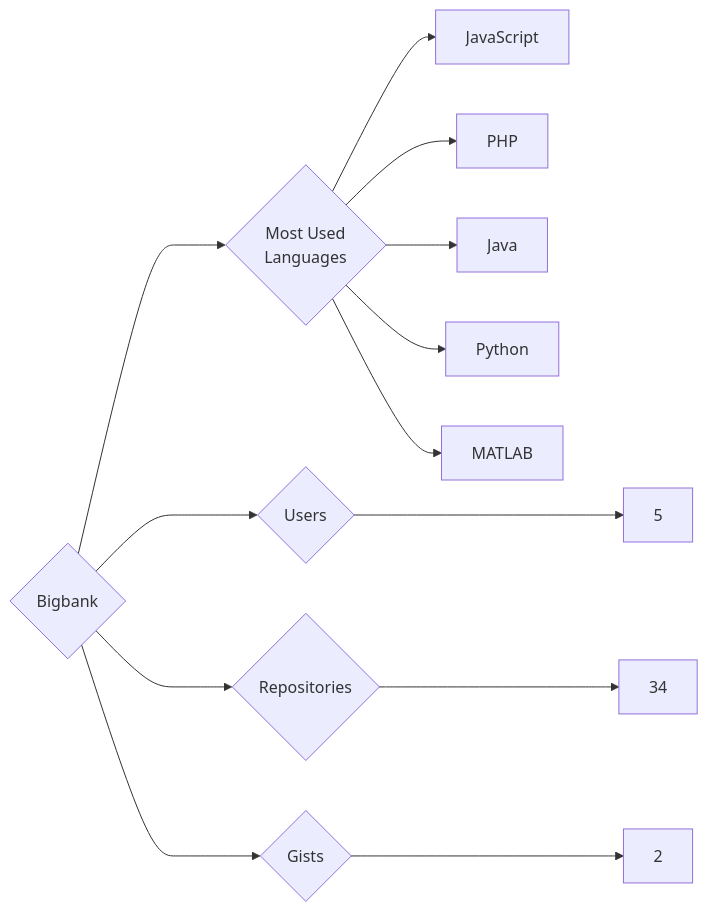
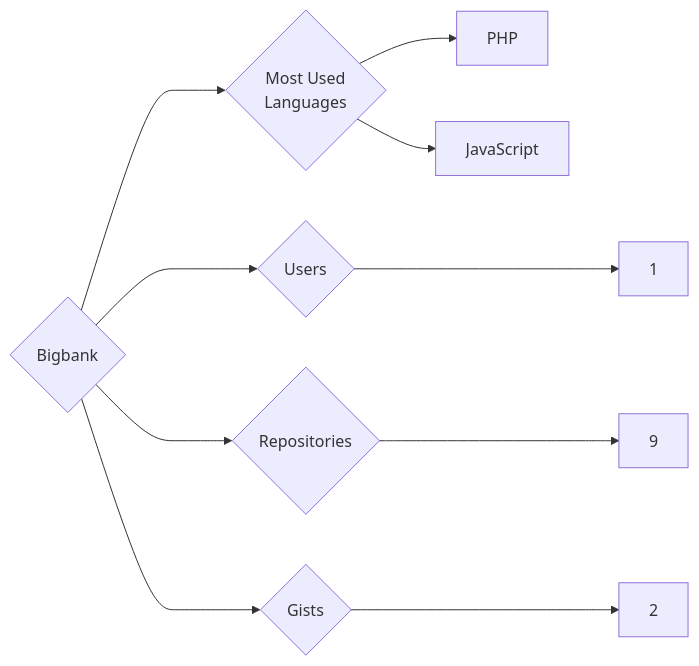
Before and after one commit to trickest/insiders: the diagram in targets/Bigbank/README.md, drawn with Mermaid. The commit also changed 1055 other files, not shown here.

````diff
--- a/targets/Bigbank/README.md
+++ b/targets/Bigbank/README.md
@@ -3,13 +3,10 @@
 ```mermaid
 graph LR
 COMPANY_NAME{Bigbank}
-COMPANY_NAME ---> U{Users} ---> UN[5]
-COMPANY_NAME ---> R{Repositories} ---> RN[34]
+COMPANY_NAME ---> U{Users} ---> UN[1]
+COMPANY_NAME ---> R{Repositories} ---> RN[9]
 COMPANY_NAME ---> G{Gists} ---> GN[2]
 COMPANY_NAME ---> ML{Most Used<br>Languages}
+ML --> PHP[PHP]
 ML --> JavaScript[JavaScript]
-ML --> PHP[PHP]
-ML --> Java[Java]
-ML --> Python[Python]
-ML --> MATLAB[MATLAB]
 ```
````
